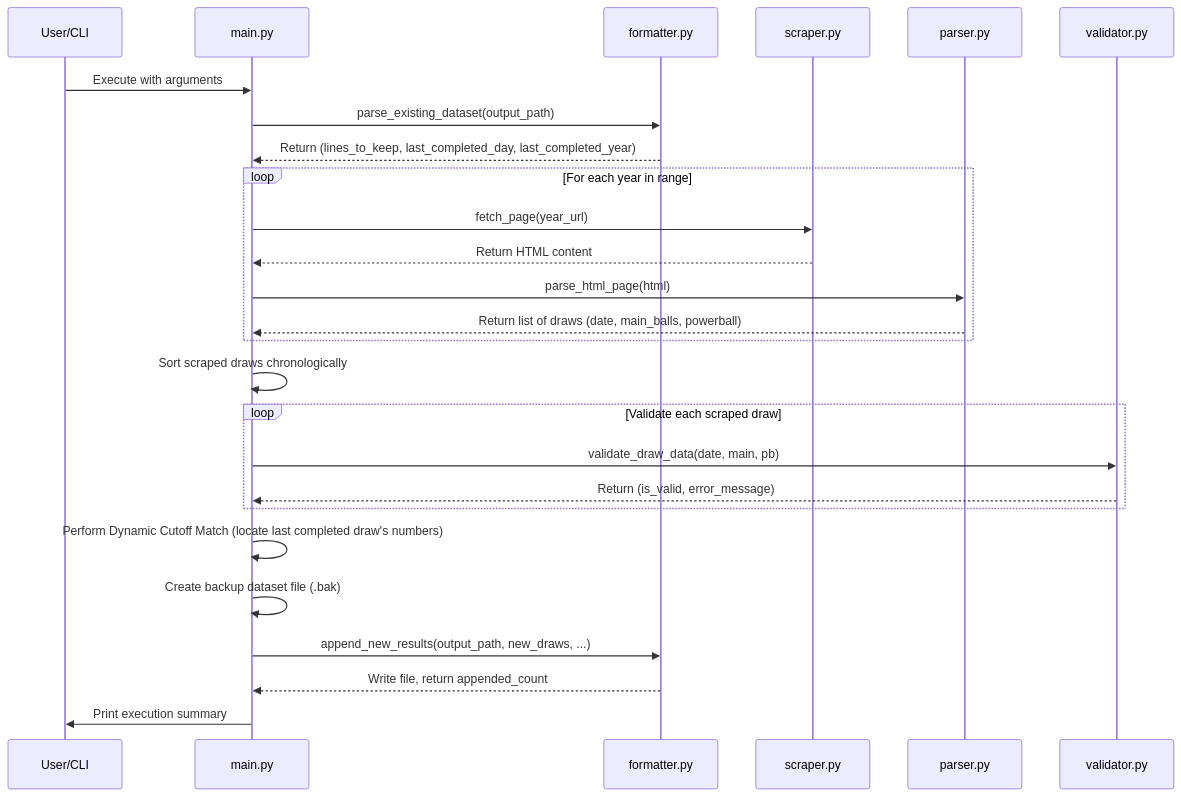
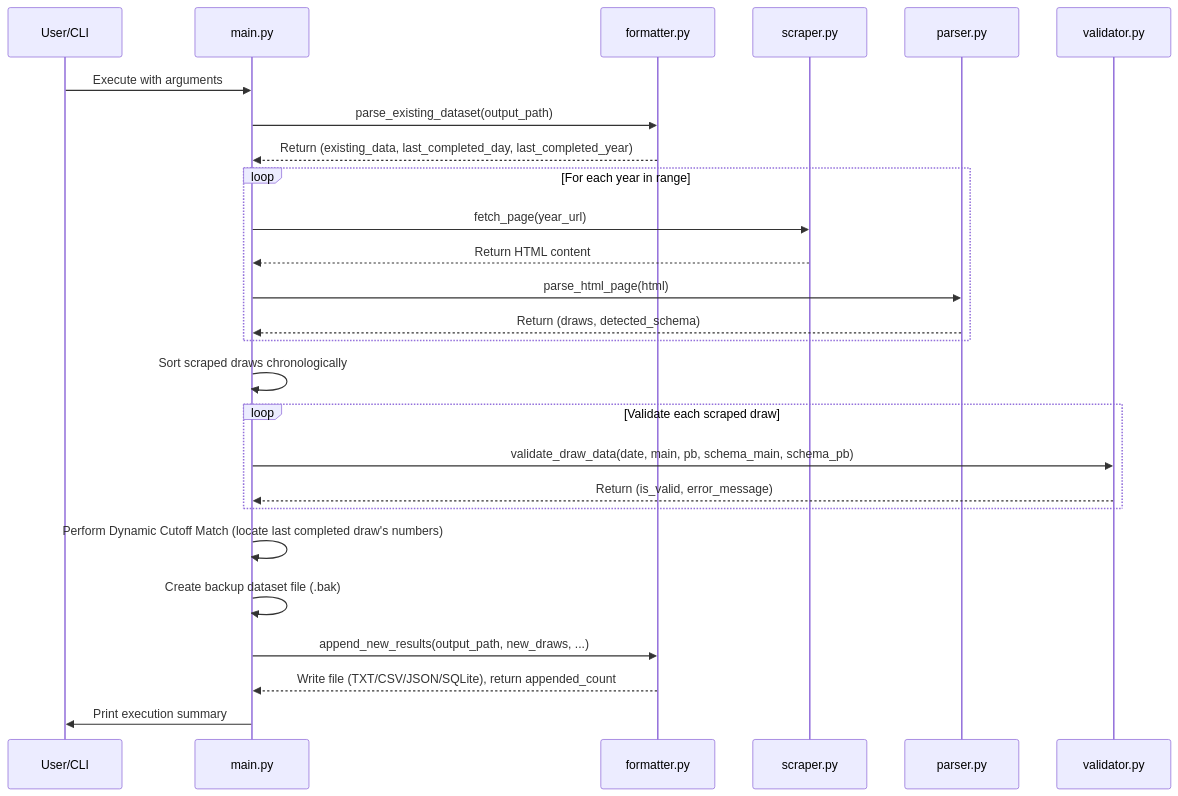
The diagram in docs/developer_guide.md (ENM032/ArchStractor), drawn with Mermaid before and after one commit. The commit also changed other lines of this file and 1 other file, not shown here.

Commit message:
Update User and Developer Guides to cover dynamic schemas and multi-format exports

````diff
--- a/docs/developer_guide.md
+++ b/docs/developer_guide.md
@@ -11,34 +11,34 @@
 ```mermaid
 sequenceDiagram
     participant User/CLI
     participant Main as main.py
     participant Formatter as formatter.py
     participant Scraper as scraper.py
     participant Parser as parser.py
     participant Validator as validator.py
 
     User/CLI->>Main: Execute with arguments
     Main->>Formatter: parse_existing_dataset(output_path)
-    Formatter-->>Main: Return (lines_to_keep, last_completed_day, last_completed_year)
+    Formatter-->>Main: Return (existing_data, last_completed_day, last_completed_year)
     
     loop For each year in range
         Main->>Scraper: fetch_page(year_url)
         Scraper-->>Main: Return HTML content
         Main->>Parser: parse_html_page(html)
-        Parser-->>Main: Return list of draws (date, main_balls, powerball)
+        Parser-->>Main: Return (draws, detected_schema)
     end
     
     Main->>Main: Sort scraped draws chronologically
     
     loop Validate each scraped draw
-        Main->>Validator: validate_draw_data(date, main, pb)
+        Main->>Validator: validate_draw_data(date, main, pb, schema_main, schema_pb)
         Validator-->>Main: Return (is_valid, error_message)
     end
     
     Main->>Main: Perform Dynamic Cutoff Match (locate last completed draw's numbers)
     Main->>Main: Create backup dataset file (.bak)
     
     Main->>Formatter: append_new_results(output_path, new_draws, ...)
-    Formatter-->>Main: Write file, return appended_count
+    Formatter-->>Main: Write file (TXT/CSV/JSON/SQLite), return appended_count
     Main->>User/CLI: Print execution summary
 ```
````
